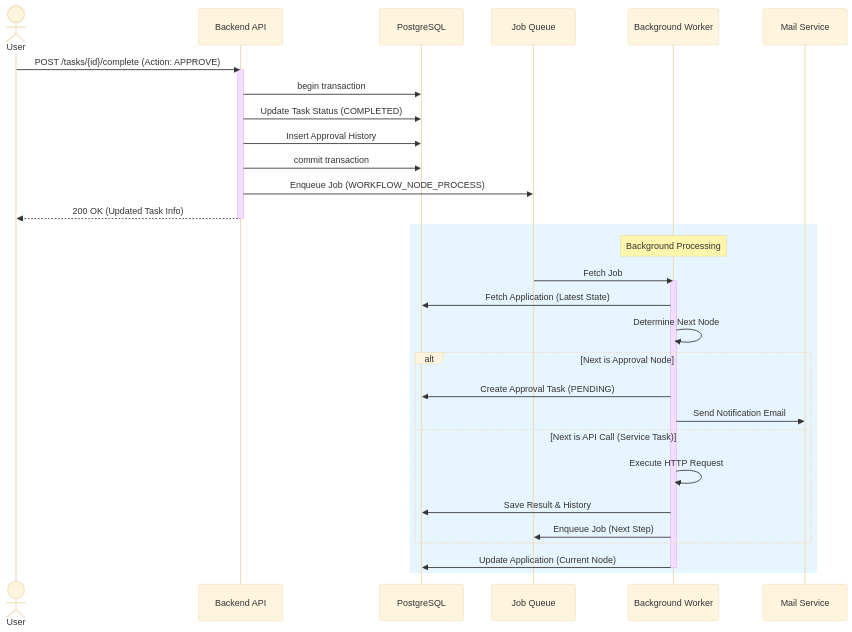
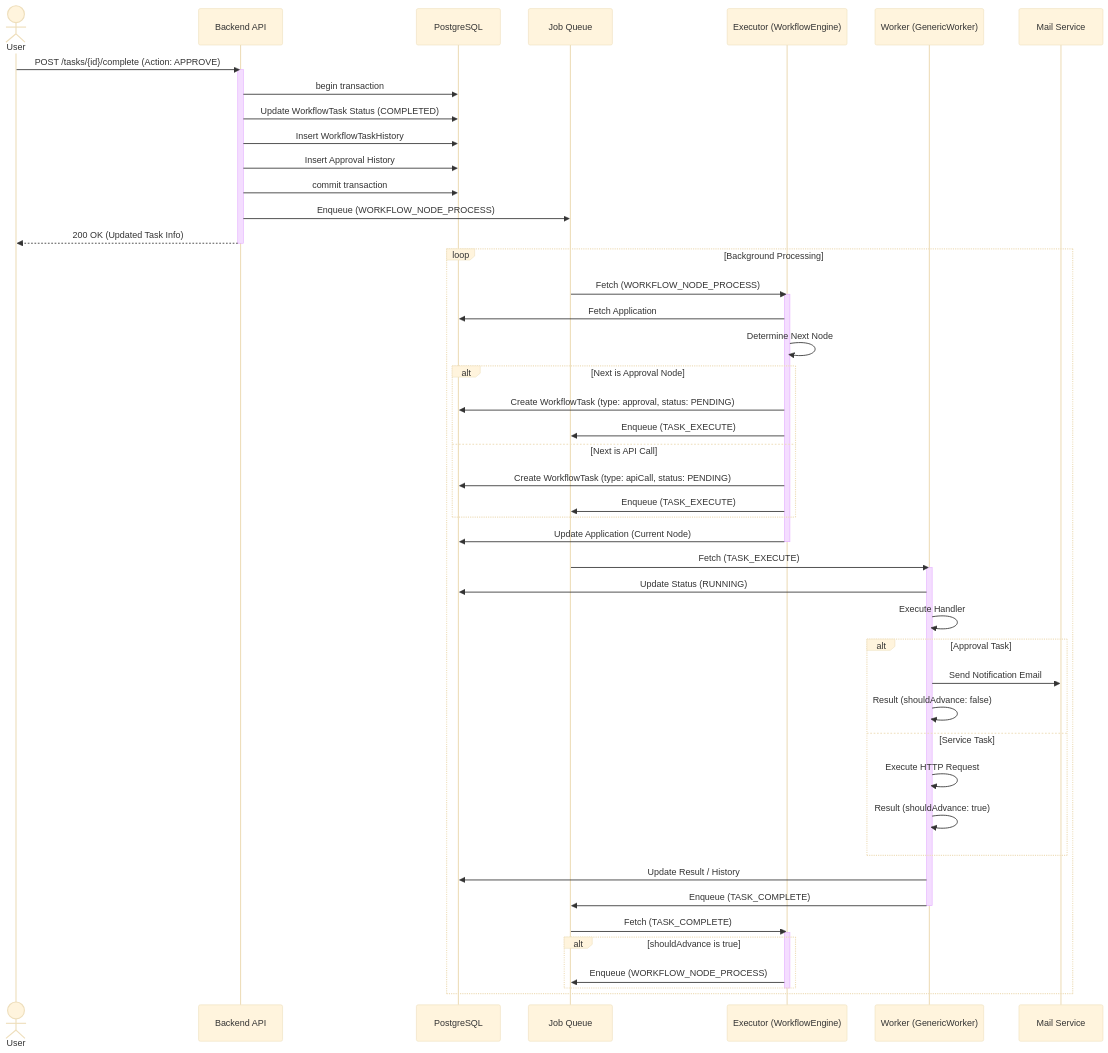
Before and after one commit to kenichi-33/flow-craft: the first of 8 diagrams in backend/docs/sequence_diagrams.md, drawn with Mermaid (base theme). The commit also changed other lines of this file and 56 other files, not shown here.

````diff
--- a/backend/docs/sequence_diagrams.md
+++ b/backend/docs/sequence_diagrams.md
@@ -7,43 +8,67 @@
 ```mermaid
 sequenceDiagram
     actor User
     participant API as Backend API
     participant DB as PostgreSQL
     participant Queue as Job Queue
-    participant Worker as Background Worker
+    participant Executor as Executor (WorkflowEngine)
+    participant Worker as Worker (GenericWorker)
     participant Mail as Mail Service
 
     User->>API: POST /tasks/{id}/complete (Action: APPROVE)
     activate API
     
     API->>DB: begin transaction
-    API->>DB: Update Task Status (COMPLETED)
+    API->>DB: Update WorkflowTask Status (COMPLETED)
+    API->>DB: Insert WorkflowTaskHistory
     API->>DB: Insert Approval History
     API->>DB: commit transaction
     
-    API->>Queue: Enqueue Job (WORKFLOW_NODE_PROCESS)
+    API->>Queue: Enqueue (WORKFLOW_NODE_PROCESS)
     API-->>User: 200 OK (Updated Task Info)
     deactivate API
 
-    rect rgb(230, 245, 255)
-        Note over Worker: Background Processing
-        Queue->>Worker: Fetch Job
-        activate Worker
-        
-        Worker->>DB: Fetch Application (Latest State)
-        Worker->>Worker: Determine Next Node
+    loop Background Processing
+        %% 1. Node Processing (Flow Control)
+        Queue->>Executor: Fetch (WORKFLOW_NODE_PROCESS)
+        activate Executor
+        Executor->>DB: Fetch Application
+        Executor->>Executor: Determine Next Node
         
         alt Next is Approval Node
-            Worker->>DB: Create Approval Task (PENDING)
+            Executor->>DB: Create WorkflowTask (type: approval, status: PENDING)
+            Executor->>Queue: Enqueue (TASK_EXECUTE)
+        else Next is API Call
+            Executor->>DB: Create WorkflowTask (type: apiCall, status: PENDING)
+            Executor->>Queue: Enqueue (TASK_EXECUTE)
+        end
+        Executor->>DB: Update Application (Current Node)
+        deactivate Executor
+
+        %% 2. Task Execution
+        Queue->>Worker: Fetch (TASK_EXECUTE)
+        activate Worker
+        Worker->>DB: Update Status (RUNNING)
+        Worker->>Worker: Execute Handler
+        
+        alt Approval Task
             Worker->>Mail: Send Notification Email
-        else Next is API Call (Service Task)
+            Worker->>Worker: Result (shouldAdvance: false)
+        else Service Task
             Worker->>Worker: Execute HTTP Request
-            Worker->>DB: Save Result & History
-            Worker->>Queue: Enqueue Job (Next Step)
+            Worker->>Worker: Result (shouldAdvance: true)
         end
         
-        Worker->>DB: Update Application (Current Node)
+        Worker->>DB: Update Result / History
+        Worker->>Queue: Enqueue (TASK_COMPLETE)
+        deactivate Worker
         
-        deactivate Worker
+        %% 3. Completion Handling (Flow Advancement)
+        Queue->>Executor: Fetch (TASK_COMPLETE)
+        activate Executor
+        alt shouldAdvance is true
+            Executor->>Queue: Enqueue (WORKFLOW_NODE_PROCESS)
+        end
+        deactivate Executor
     end
 ```
````
